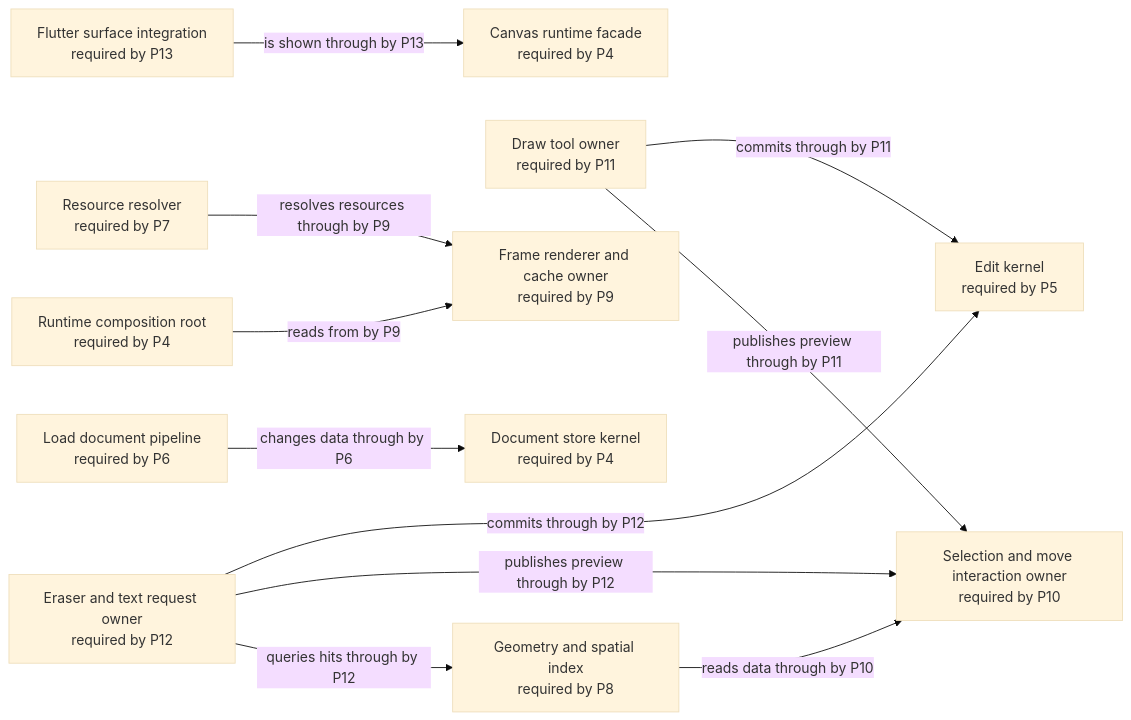
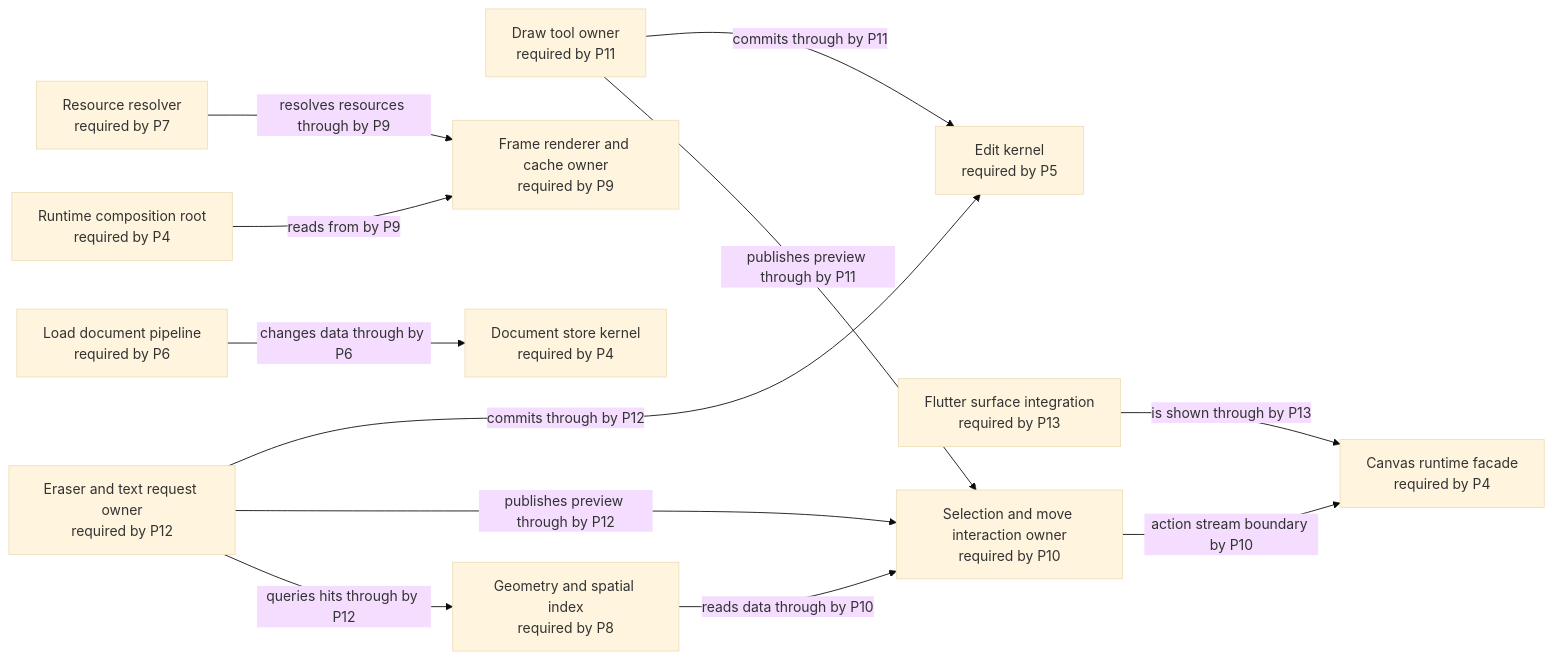
One commit to GreatPika/iwb_canvas_engine changed the diagram in docs/diagrams/generated/future_target.mmd. Above: the diagram before and after it, drawn with Mermaid (base theme). The commit also changed 3 other files, not shown here.

```diff
--- a/docs/diagrams/generated/future_target.mmd
+++ b/docs/diagrams/generated/future_target.mmd
@@ -1,27 +1,28 @@
 %% GENERATED FILE. Do not edit by hand.
 %% Source: docs/architecture/architecture_graph.yaml
 %% View: Future target architecture graph
 %% Selected phase: P5
 flowchart LR
   api_canvas_runtime["Canvas runtime facade<br/>required by P4"]
   draw_tools["Draw tool owner<br/>required by P11"]
   edit_kernel["Edit kernel<br/>required by P5"]
   eraser_text_request["Eraser and text request owner<br/>required by P12"]
   flutter_surface["Flutter surface integration<br/>required by P13"]
   frame_renderer["Frame renderer and cache owner<br/>required by P9"]
   geometry_spatial_index["Geometry and spatial index<br/>required by P8"]
   interaction_selection_move["Selection and move interaction owner<br/>required by P10"]
   load_document_pipeline["Load document pipeline<br/>required by P6"]
   resource_resolver["Resource resolver<br/>required by P7"]
   runtime_root["Runtime composition root<br/>required by P4"]
   store_document_kernel["Document store kernel<br/>required by P4"]
   draw_tools -->|commits through by P11| edit_kernel
   draw_tools -->|publishes preview through by P11| interaction_selection_move
   eraser_text_request -->|commits through by P12| edit_kernel
   eraser_text_request -->|publishes preview through by P12| interaction_selection_move
   eraser_text_request -->|queries hits through by P12| geometry_spatial_index
   flutter_surface -->|is shown through by P13| api_canvas_runtime
   geometry_spatial_index -->|reads data through by P10| interaction_selection_move
+  interaction_selection_move -->|action stream boundary by P10| api_canvas_runtime
   load_document_pipeline -->|changes data through by P6| store_document_kernel
   resource_resolver -->|resolves resources through by P9| frame_renderer
   runtime_root -->|reads from by P9| frame_renderer
```
